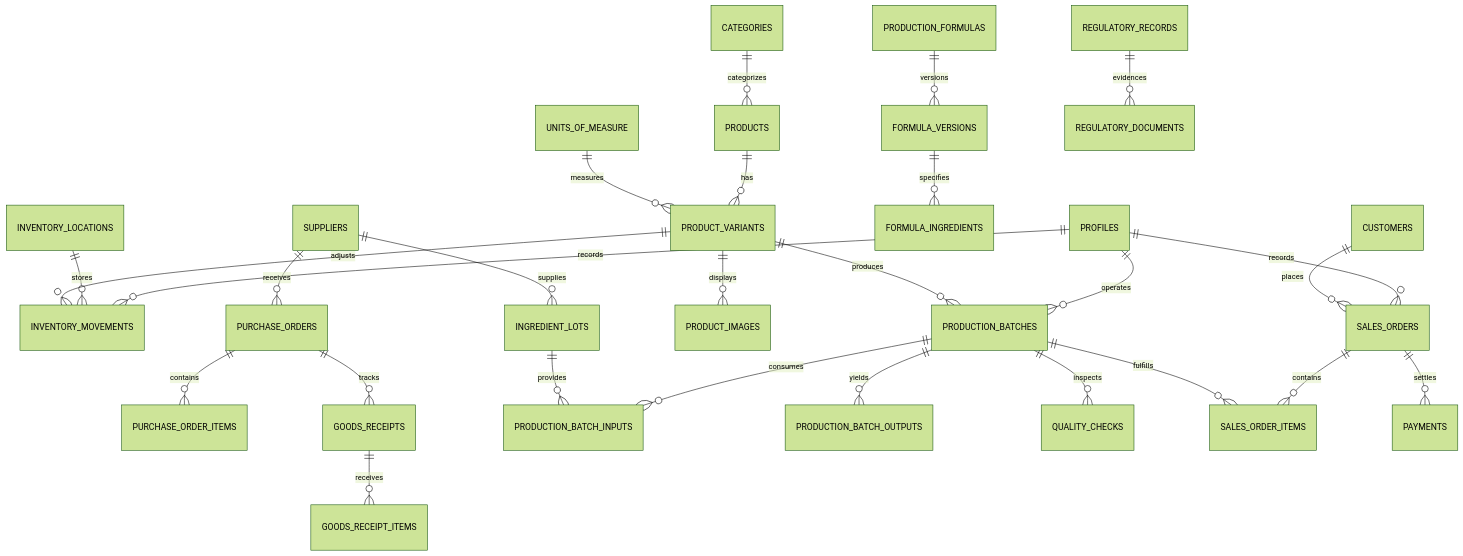
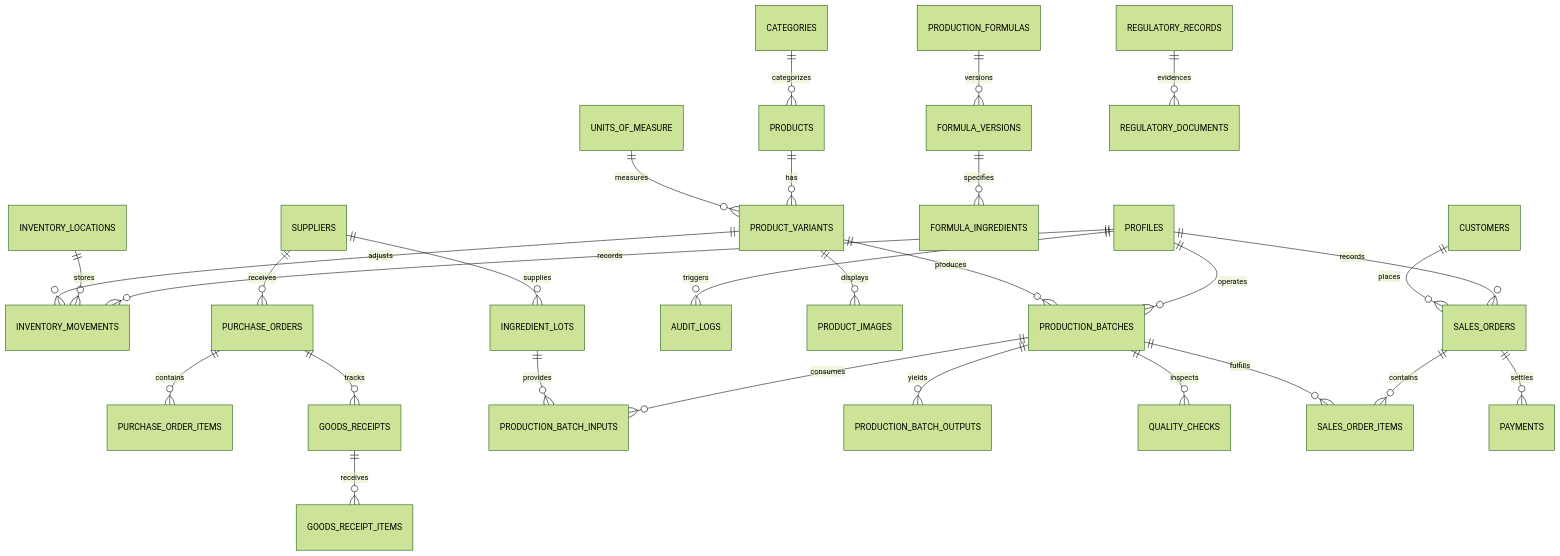
Before and after one commit to vzirimwabagabo/Turashoboye: the diagram in docs/database-schema.md, drawn with Mermaid (forest theme). The commit also changed other lines of this file and 12 other files, not shown here.

````diff
--- a/docs/database-schema.md
+++ b/docs/database-schema.md
@@ -13,29 +14,30 @@
 ```mermaid
 erDiagram
     PROFILES ||--o{ INVENTORY_MOVEMENTS : records
     PROFILES ||--o{ SALES_ORDERS : records
     PROFILES ||--o{ PRODUCTION_BATCHES : operates
+    PROFILES ||--o{ AUDIT_LOGS : triggers
     CATEGORIES ||--o{ PRODUCTS : categorizes
     PRODUCTS ||--o{ PRODUCT_VARIANTS : has
     PRODUCT_VARIANTS ||--o{ PRODUCT_IMAGES : displays
     UNITS_OF_MEASURE ||--o{ PRODUCT_VARIANTS : measures
     SUPPLIERS ||--o{ PURCHASE_ORDERS : receives
     SUPPLIERS ||--o{ INGREDIENT_LOTS : supplies
     PURCHASE_ORDERS ||--o{ PURCHASE_ORDER_ITEMS : contains
     PURCHASE_ORDERS ||--o{ GOODS_RECEIPTS : tracks
     GOODS_RECEIPTS ||--o{ GOODS_RECEIPT_ITEMS : receives
     PRODUCTION_FORMULAS ||--o{ FORMULA_VERSIONS : versions
     FORMULA_VERSIONS ||--o{ FORMULA_INGREDIENTS : specifies
     PRODUCT_VARIANTS ||--o{ PRODUCTION_BATCHES : produces
     PRODUCTION_BATCHES ||--o{ PRODUCTION_BATCH_INPUTS : consumes
     INGREDIENT_LOTS ||--o{ PRODUCTION_BATCH_INPUTS : provides
     PRODUCTION_BATCHES ||--o{ PRODUCTION_BATCH_OUTPUTS : yields
     PRODUCTION_BATCHES ||--o{ QUALITY_CHECKS : inspects
     CUSTOMERS ||--o{ SALES_ORDERS : places
     SALES_ORDERS ||--o{ SALES_ORDER_ITEMS : contains
     PRODUCTION_BATCHES ||--o{ SALES_ORDER_ITEMS : fulfills
     SALES_ORDERS ||--o{ PAYMENTS : settles
     INVENTORY_LOCATIONS ||--o{ INVENTORY_MOVEMENTS : stores
     PRODUCT_VARIANTS ||--o{ INVENTORY_MOVEMENTS : adjusts
     REGULATORY_RECORDS ||--o{ REGULATORY_DOCUMENTS : evidences
 ```
````
